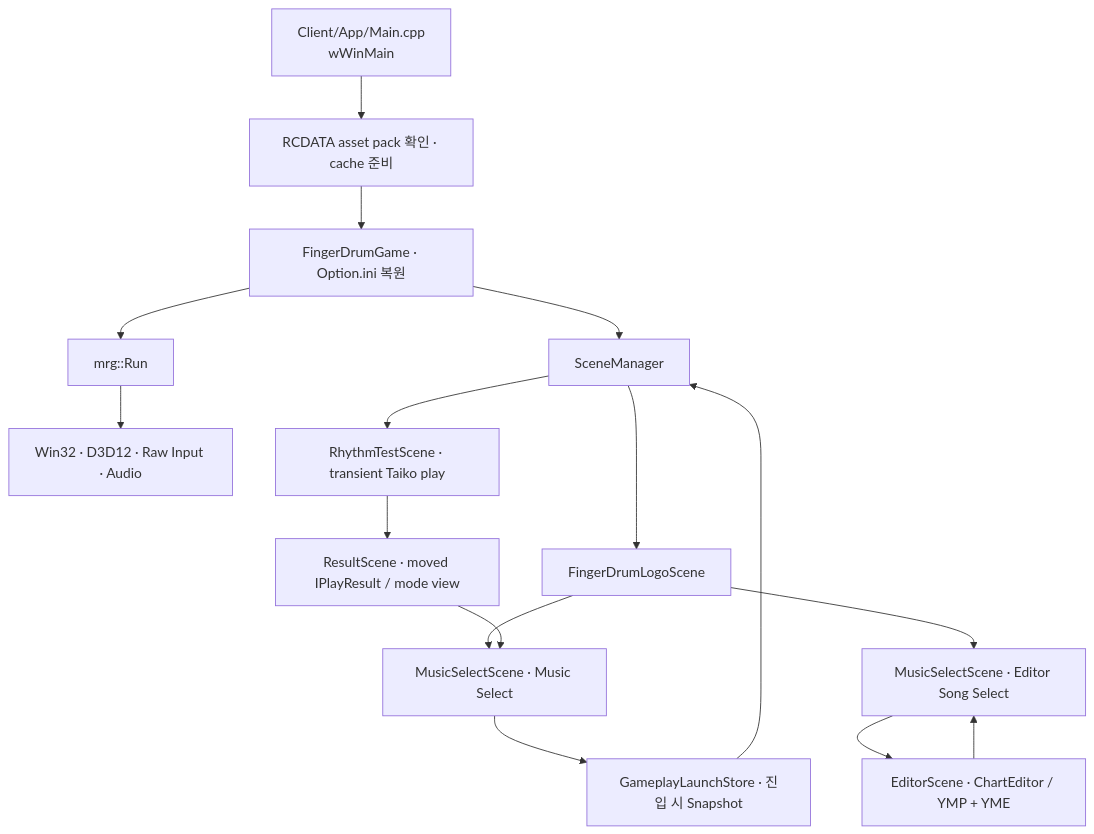
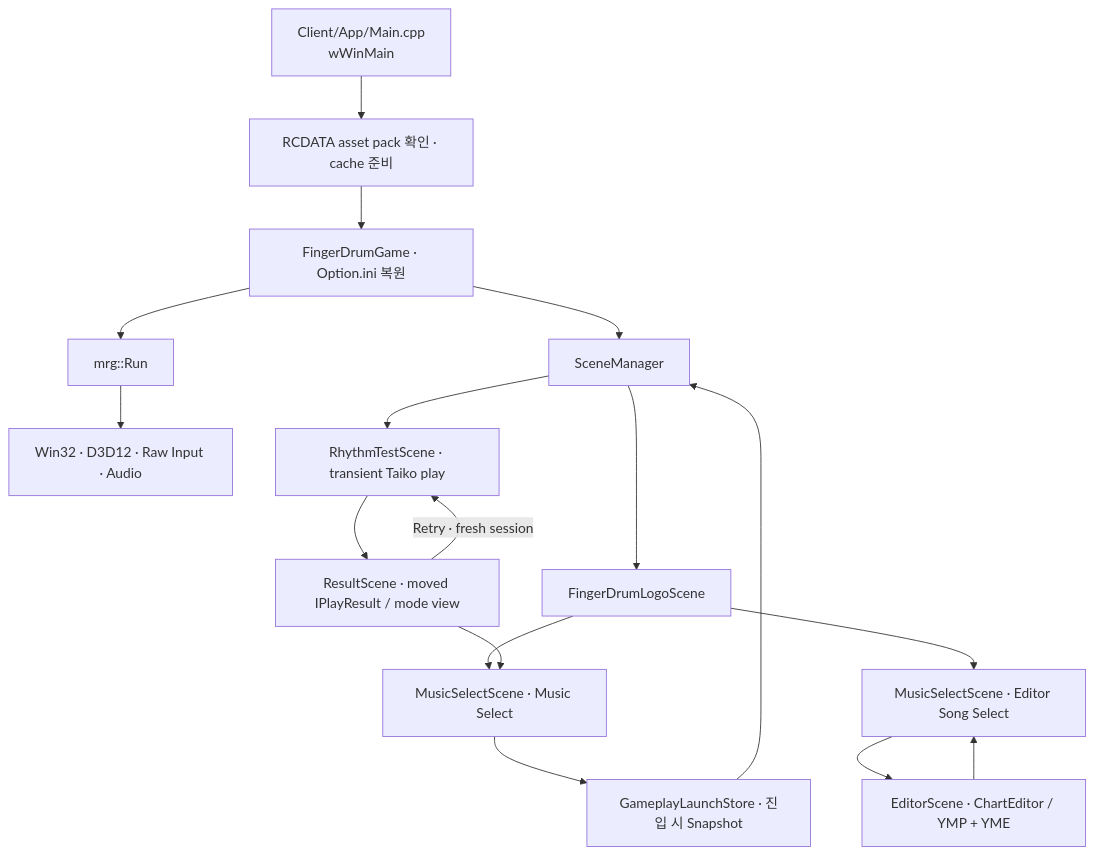
The diagram in Docs/ExecutionFlow.md (4dblackhole/MyRhythmGame-Client), drawn with Mermaid before and after one commit. The commit also changed other lines of this file and 41 other files, not shown here.

Commit message:
Implement Penpot Result screen with scene assets and retry

````diff
--- a/Docs/ExecutionFlow.md
+++ b/Docs/ExecutionFlow.md
@@ -12,18 +12,19 @@
 ```mermaid
 flowchart TD
     Entry["Client/App/Main.cpp\nwWinMain"] --> Assets["RCDATA asset pack 확인 · cache 준비"]
     Assets --> Game["FingerDrumGame · Option.ini 복원"]
     Game --> Run["mrg::Run"]
     Run --> Systems["Win32 · D3D12 · Raw Input · Audio"]
     Game --> Manager["SceneManager"]
     Manager --> Logo["FingerDrumLogoScene"]
     Logo --> Lobby["MusicSelectScene · Music Select"]
     Logo --> EditorSelect["MusicSelectScene · Editor Song Select"]
     EditorSelect --> Editor["EditorScene · ChartEditor / YMP + YME"]
     Editor --> EditorSelect
     Lobby --> Request["GameplayLaunchStore · 진입 시 Snapshot"]
     Request --> Manager
     Manager --> Test["RhythmTestScene · transient Taiko play"]
     Test --> Result["ResultScene · moved IPlayResult / mode view"]
     Result --> Lobby
+    Result -->|Retry · fresh session| Test
 ```
````
